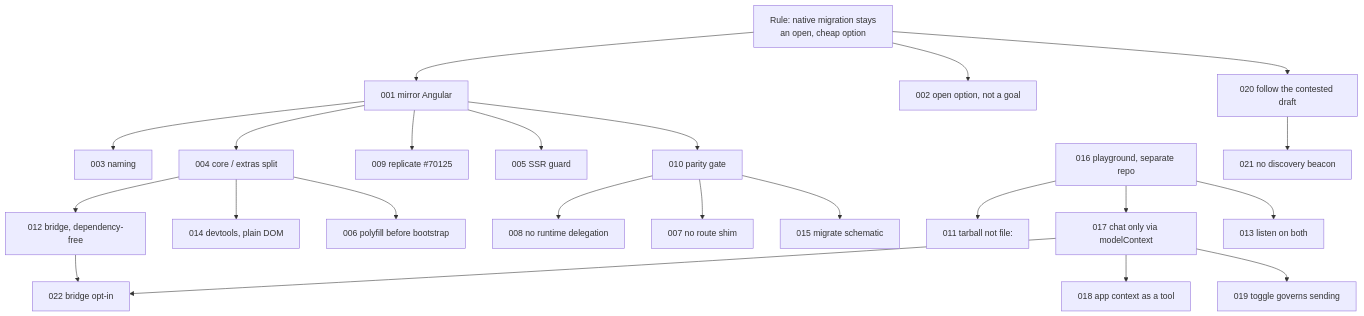
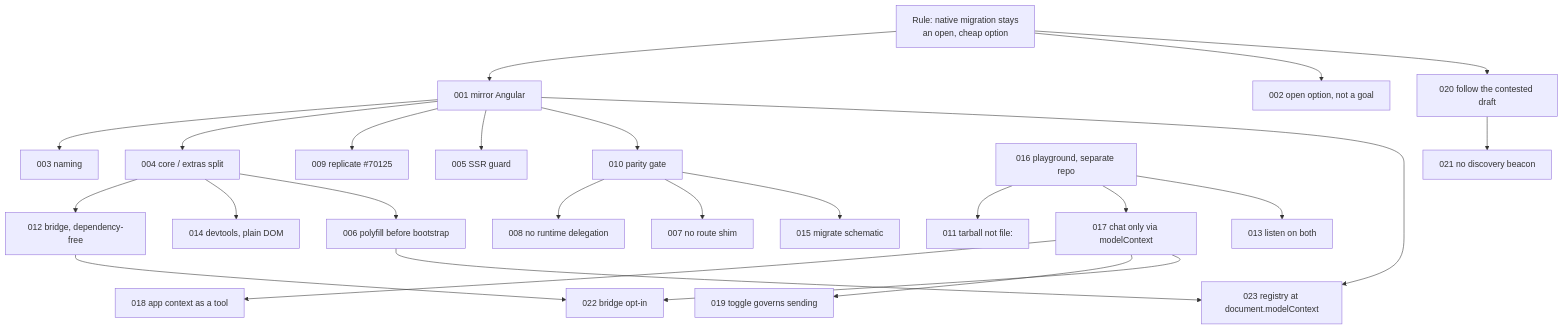
Before and after one commit to hasan1985/webmcp-angular: the diagram in docs/decisions/README.md, drawn with Mermaid. The commit also changed other lines of this file and 5 other files, not shown here.

First line of the commit message:
docs: why the registry is document.modelContext even for an in-page agent

````diff
--- a/docs/decisions/README.md
+++ b/docs/decisions/README.md
@@ -49,26 +50,28 @@
 ```mermaid
 flowchart TD
     R["Rule: native migration stays<br/>an open, cheap option"]
     R --> D001["001 mirror Angular"]
     R --> D002["002 open option, not a goal"]
     D001 --> D003["003 naming"]
     D001 --> D004["004 core / extras split"]
     D001 --> D009["009 replicate #70125"]
     D001 --> D005["005 SSR guard"]
     D004 --> D012["012 bridge, dependency-free"]
     D004 --> D014["014 devtools, plain DOM"]
     D004 --> D006["006 polyfill before bootstrap"]
     D001 --> D010["010 parity gate"]
     D010 --> D008["008 no runtime delegation"]
     D010 --> D007["007 no route shim"]
     D010 --> D015["015 migrate schematic"]
     D016["016 playground, separate repo"] --> D011["011 tarball not file:"]
     D016 --> D017["017 chat only via modelContext"]
     D017 --> D018["018 app context as a tool"]
     D017 --> D019["019 toggle governs sending"]
     D016 --> D013["013 listen on both"]
     D020["020 follow the contested draft"] --> D021["021 no discovery beacon"]
     D012 --> D022["022 bridge opt-in"]
     D017 --> D022
+    D001 --> D023["023 registry at document.modelContext"]
+    D006 --> D023
     R --> D020
 ```
````
